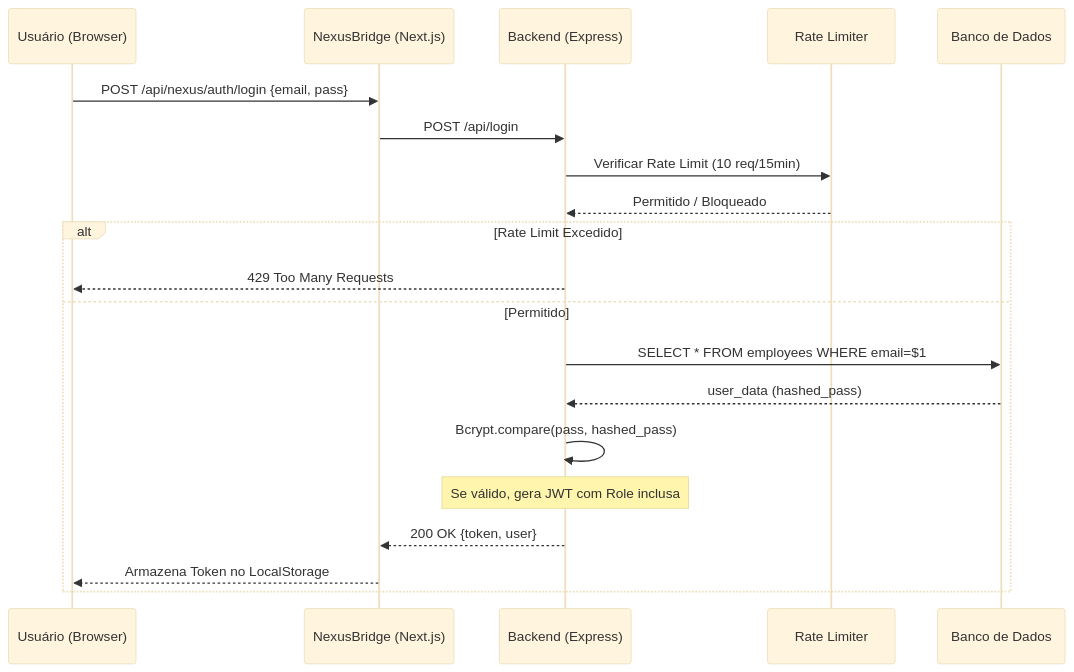
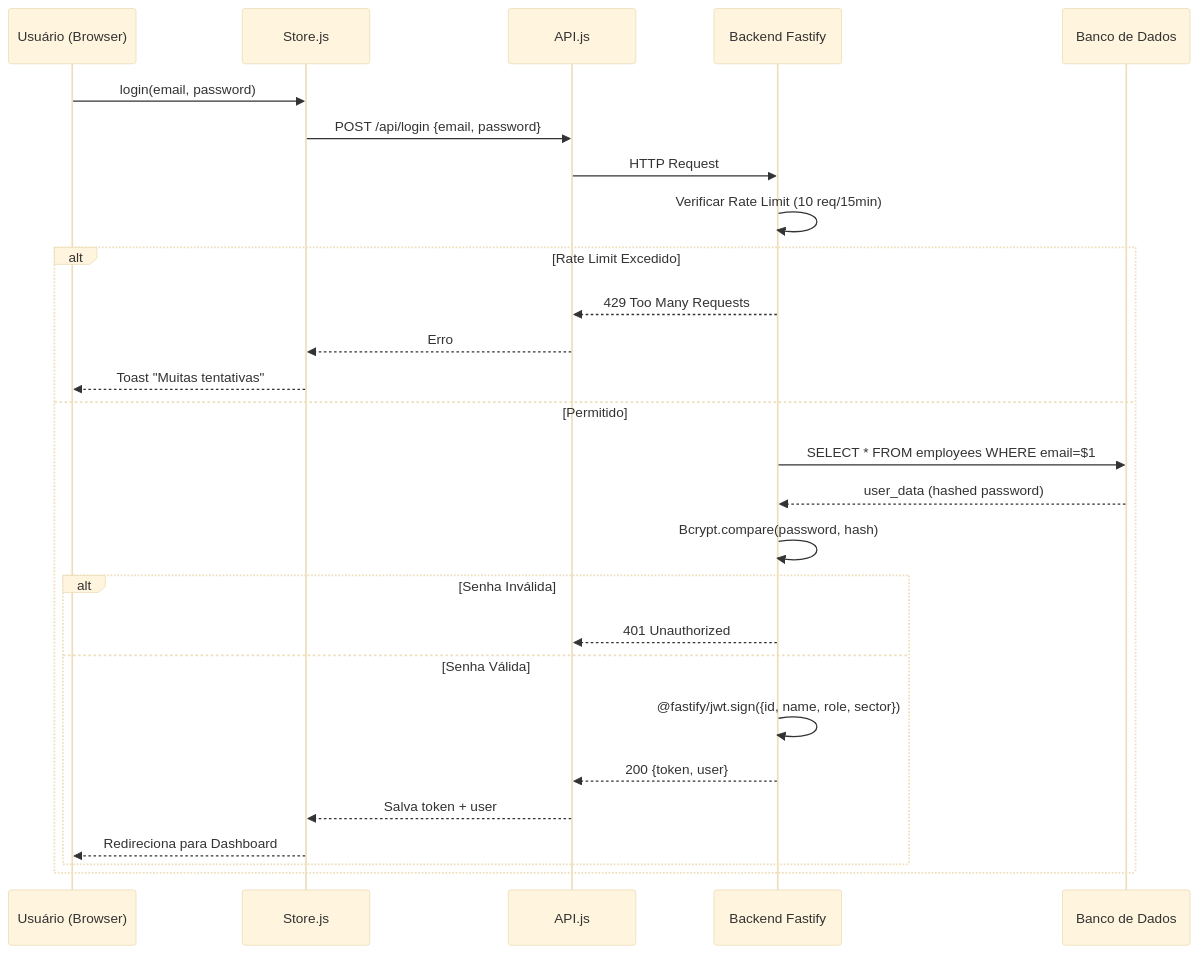
Before and after one commit to charaodaniel/CityMotion: the second of 8 diagrams in docs/DIAGRAMS.md, drawn with Mermaid (base theme). The commit also changed other lines of this file and 99 other files, not shown here.

````diff
--- a/docs/DIAGRAMS.md
+++ b/docs/DIAGRAMS.md
@@ -10,23 +58,30 @@
 ```mermaid
 sequenceDiagram
     participant User as Usuário (Browser)
-    participant Bridge as NexusBridge (Next.js)
-    participant Node as Backend (Express)
-    participant RL as Rate Limiter
+    participant Store as Store.js
+    participant API as API.js
+    participant Fastify as Backend Fastify
     participant DB as Banco de Dados
 
-    User->>Bridge: POST /api/nexus/auth/login {email, pass}
-    Bridge->>Node: POST /api/login
-    Node->>RL: Verificar Rate Limit (10 req/15min)
-    RL-->>Node: Permitido / Bloqueado
+    User->>Store: login(email, password)
+    Store->>API: POST /api/login {email, password}
+    API->>Fastify: HTTP Request
+    Fastify->>Fastify: Verificar Rate Limit (10 req/15min)
     alt Rate Limit Excedido
-        Node-->>User: 429 Too Many Requests
+        Fastify-->>API: 429 Too Many Requests
+        API-->>Store: Erro
+        Store-->>User: Toast "Muitas tentativas"
     else Permitido
-        Node->>DB: SELECT * FROM employees WHERE email=$1
-        DB-->>Node: user_data (hashed_pass)
-        Node->>Node: Bcrypt.compare(pass, hashed_pass)
-        Note over Node: Se válido, gera JWT com Role inclusa
-        Node-->>Bridge: 200 OK {token, user}
-        Bridge-->>User: Armazena Token no LocalStorage
+        Fastify->>DB: SELECT * FROM employees WHERE email=$1
+        DB-->>Fastify: user_data (hashed password)
+        Fastify->>Fastify: Bcrypt.compare(password, hash)
+        alt Senha Inválida
+            Fastify-->>API: 401 Unauthorized
+        else Senha Válida
+            Fastify->>Fastify: @fastify/jwt.sign({id, name, role, sector})
+            Fastify-->>API: 200 {token, user}
+            API-->>Store: Salva token + user
+            Store-->>User: Redireciona para Dashboard
+        end
     end
 ```
````
